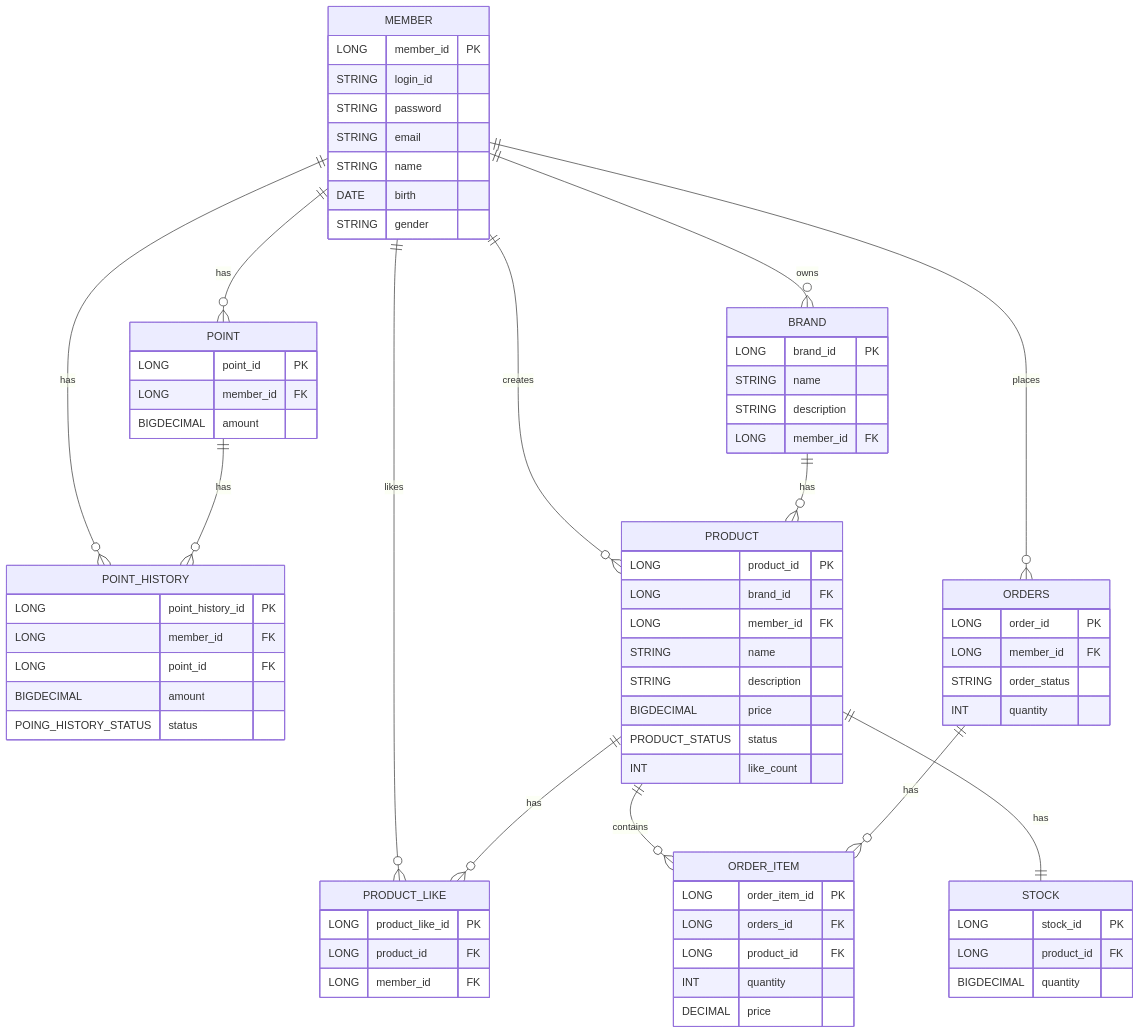
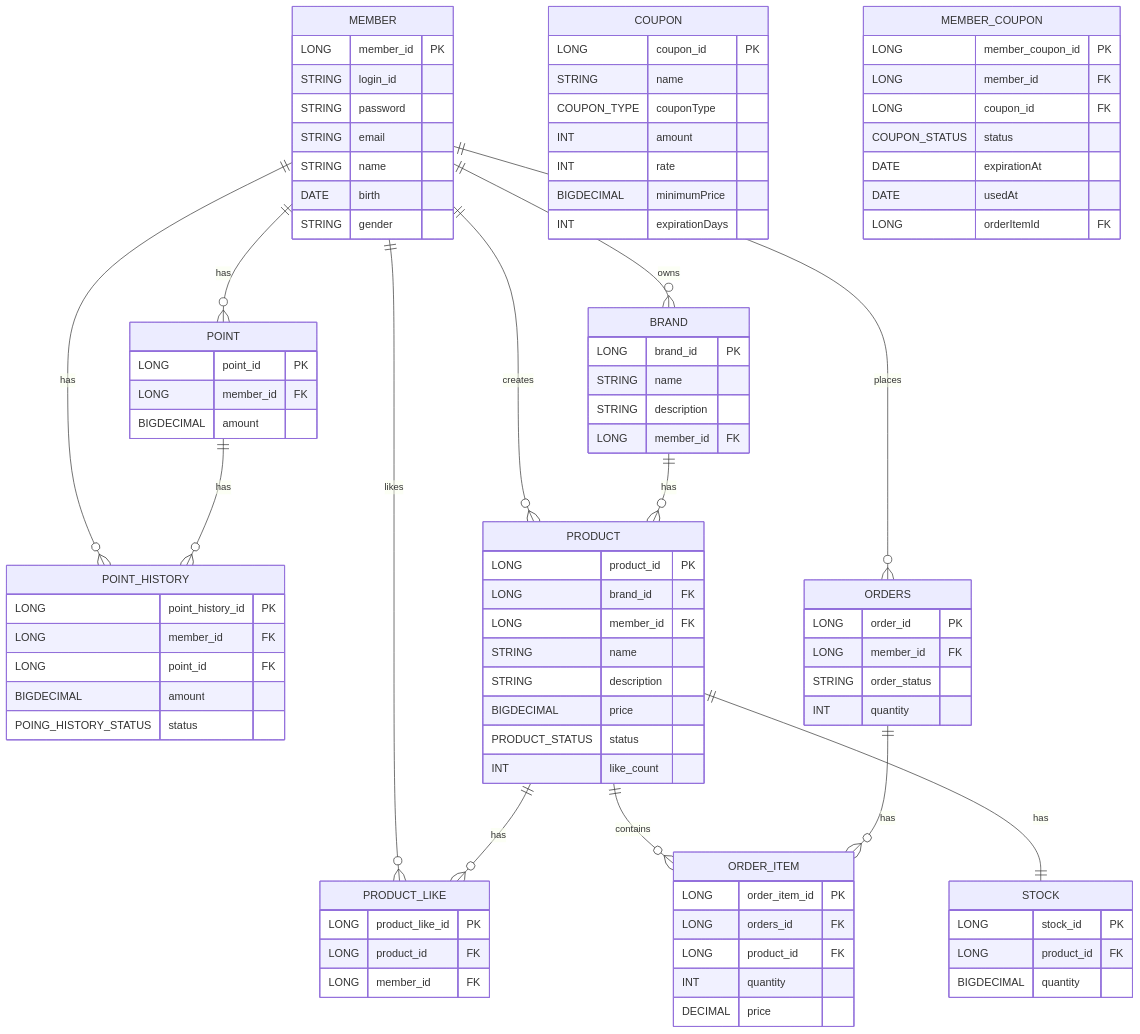
One commit to qkrrlgus114/loopers-java-template changed the diagram in apps/commerce-api/src/docs/design/04-erd.md. Above: the diagram before and after it, drawn with Mermaid. The commit also changed 4 other files, not shown here.

```diff
--- a/apps/commerce-api/src/docs/design/04-erd.md
+++ b/apps/commerce-api/src/docs/design/04-erd.md
@@ -71,6 +71,26 @@
         BIGDECIMAL quantity
     }
 
+    COUPON {
+        LONG coupon_id PK
+        STRING name
+        COUPON_TYPE couponType
+        INT amount
+        INT rate
+        BIGDECIMAL minimumPrice
+        INT expirationDays
+    }
+
+    MEMBER_COUPON {
+        LONG member_coupon_id PK
+        LONG member_id FK
+        LONG coupon_id FK
+        COUPON_STATUS status
+        DATE expirationAt
+        DATE usedAt
+        LONG orderItemId FK
+    }
+
     MEMBER ||--o{ BRAND: owns
     MEMBER ||--o{ PRODUCT: creates
     MEMBER ||--o{ POINT: has
```
